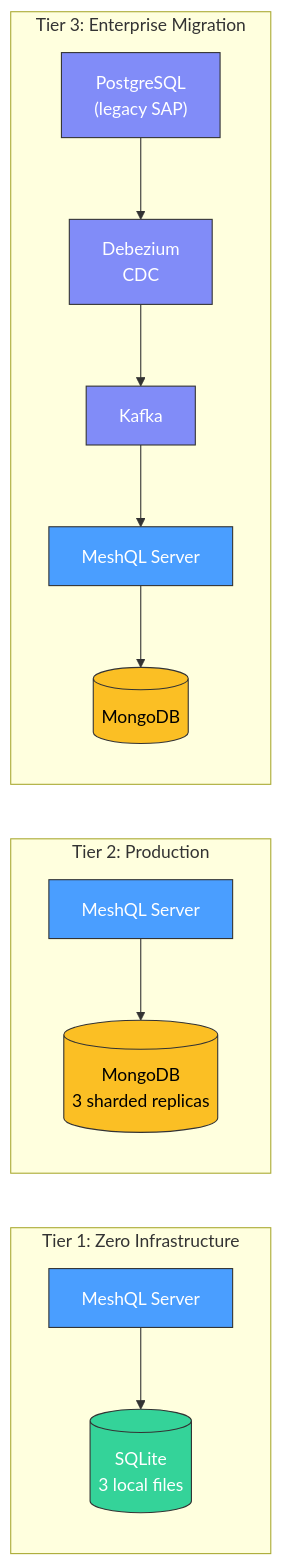
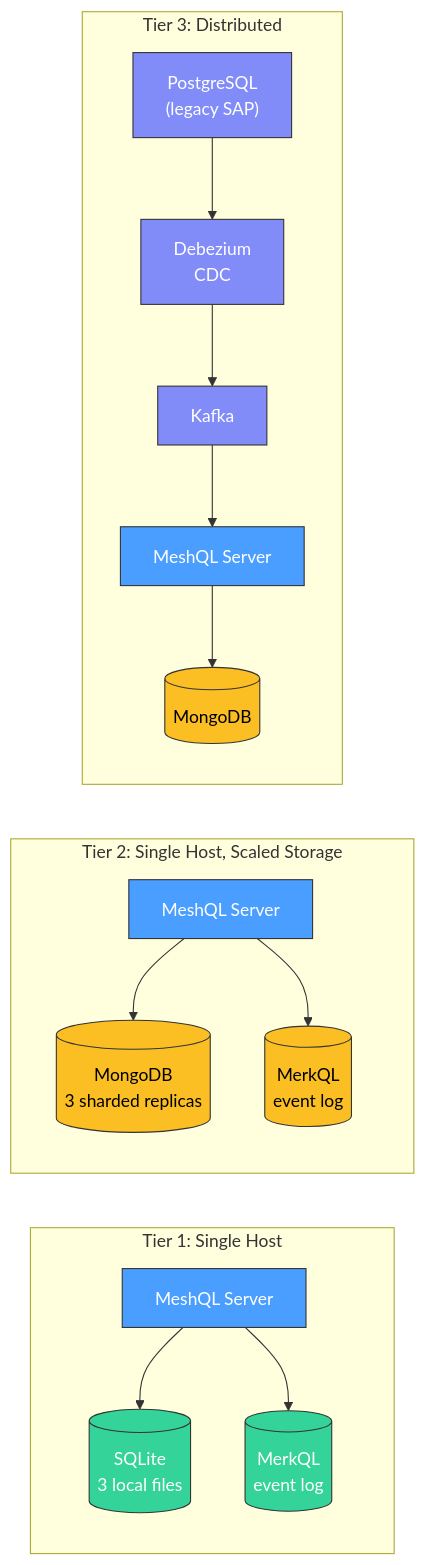
Before and after one commit to tsmarsh/meshql: the first of 3 diagrams in docs/architecture/performance.md, drawn with Mermaid. The commit also changed other lines of this file and 2 other files, not shown here.

First line of the commit message:
Update architecture docs with MerkQL tier progression

````diff
--- a/docs/architecture/performance.md
+++ b/docs/architecture/performance.md
@@ -18,37 +20,43 @@
 ```mermaid
 graph LR
-    subgraph tier1["Tier 1: Zero Infrastructure"]
+    subgraph tier1["Tier 1: Single Host"]
         direction TB
         app1["MeshQL Server"]
         db1[("SQLite<br/>3 local files")]
+        merkql1[("MerkQL<br/>event log")]
         app1 --> db1
+        app1 --> merkql1
     end
 
-    subgraph tier2["Tier 2: Production"]
+    subgraph tier2["Tier 2: Single Host, Scaled Storage"]
         direction TB
         app2["MeshQL Server"]
         db2[("MongoDB<br/>3 sharded replicas")]
+        merkql2[("MerkQL<br/>event log")]
         app2 --> db2
+        app2 --> merkql2
     end
 
-    subgraph tier3["Tier 3: Enterprise Migration"]
+    subgraph tier3["Tier 3: Distributed"]
         direction TB
         app3["MeshQL Server"]
         db3[("MongoDB")]
         pg["PostgreSQL<br/>(legacy SAP)"]
         kafka["Kafka"]
         deb["Debezium<br/>CDC"]
         app3 --> db3
         pg --> deb --> kafka --> app3
     end
 
     style app1 fill:#4a9eff,stroke:#333,color:#fff
     style app2 fill:#4a9eff,stroke:#333,color:#fff
     style app3 fill:#4a9eff,stroke:#333,color:#fff
     style db1 fill:#34d399,stroke:#333,color:#fff
+    style merkql1 fill:#34d399,stroke:#333,color:#fff
     style db2 fill:#fbbf24,stroke:#333,color:#000
+    style merkql2 fill:#fbbf24,stroke:#333,color:#000
     style db3 fill:#fbbf24,stroke:#333,color:#000
     style pg fill:#818cf8,stroke:#333,color:#fff
     style kafka fill:#818cf8,stroke:#333,color:#fff
     style deb fill:#818cf8,stroke:#333,color:#fff
 ```
````
